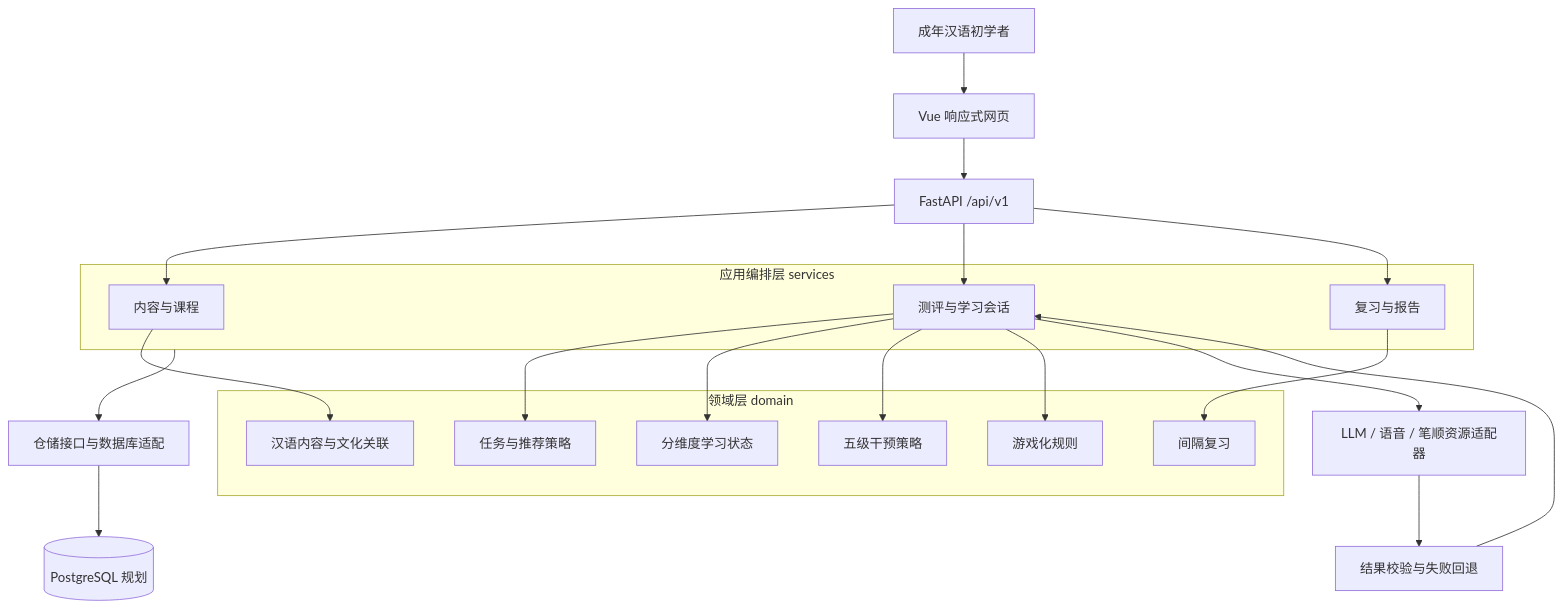
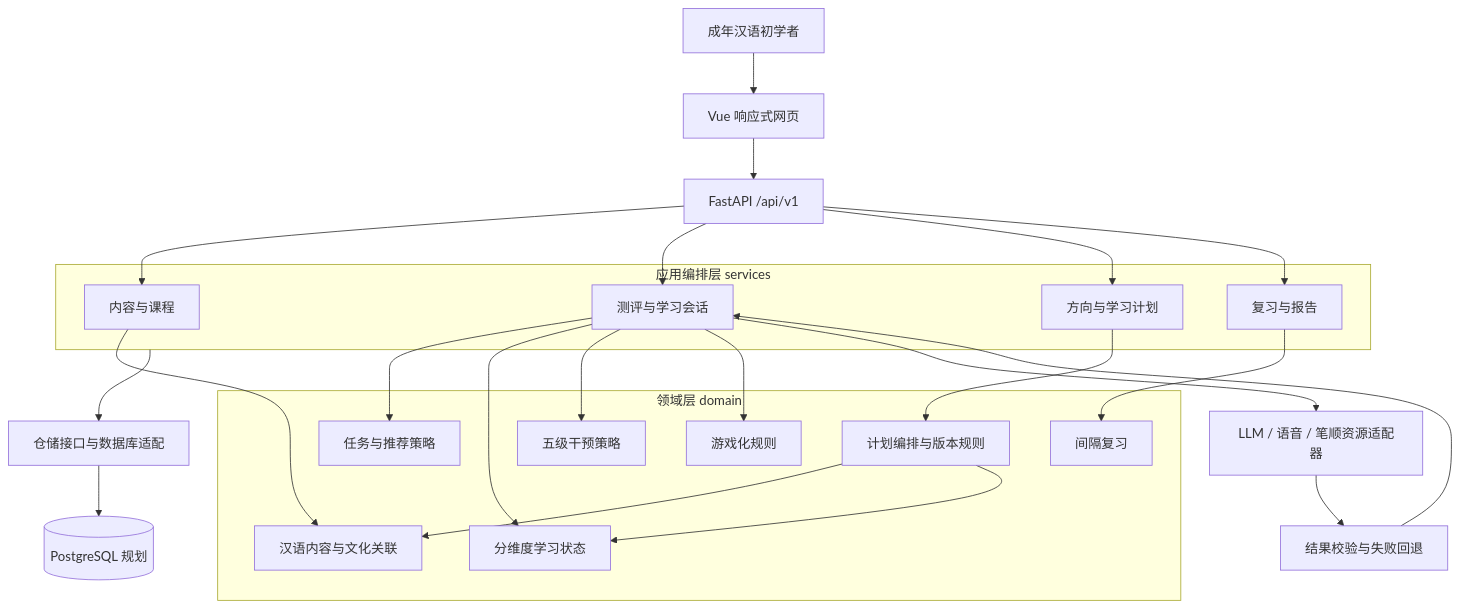
Before and after one commit to tianyew/OwlOwlGo-ECNU: the first of 2 diagrams in docs/software/architecture.md, drawn with Mermaid. The commit also changed other lines of this file and 5 other files, not shown here.

````diff
--- a/docs/software/architecture.md
+++ b/docs/software/architecture.md
@@ -69,32 +85,38 @@
 ```mermaid
 flowchart TB
   U[成年汉语初学者] --> W[Vue 响应式网页]
   W --> API[FastAPI /api/v1]
   subgraph App[应用编排层 services]
     C[内容与课程]
     S[测评与学习会话]
+    P[方向与学习计划]
     R[复习与报告]
   end
   API --> C
   API --> S
+  API --> P
   API --> R
   subgraph Domain[领域层 domain]
     Content[汉语内容与文化关联]
     Learner[分维度学习状态]
     Task[任务与推荐策略]
+    Plan[计划编排与版本规则]
     Help[五级干预策略]
     Review[间隔复习]
     Game[游戏化规则]
   end
   C --> Content
   S --> Task
   S --> Learner
   S --> Help
   S --> Game
+  P --> Plan
+  Plan --> Content
+  Plan --> Learner
   R --> Review
   App --> Repo[仓储接口与数据库适配]
   Repo --> DB[(PostgreSQL 规划)]
   S --> Adapters[LLM / 语音 / 笔顺资源适配器]
   Adapters --> Validate[结果校验与失败回退]
   Validate --> S
 ```
````
